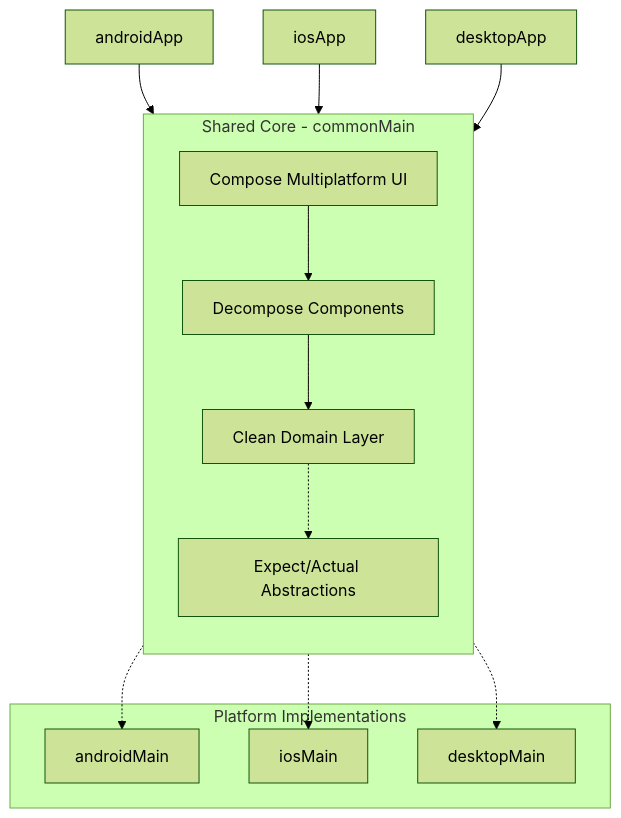
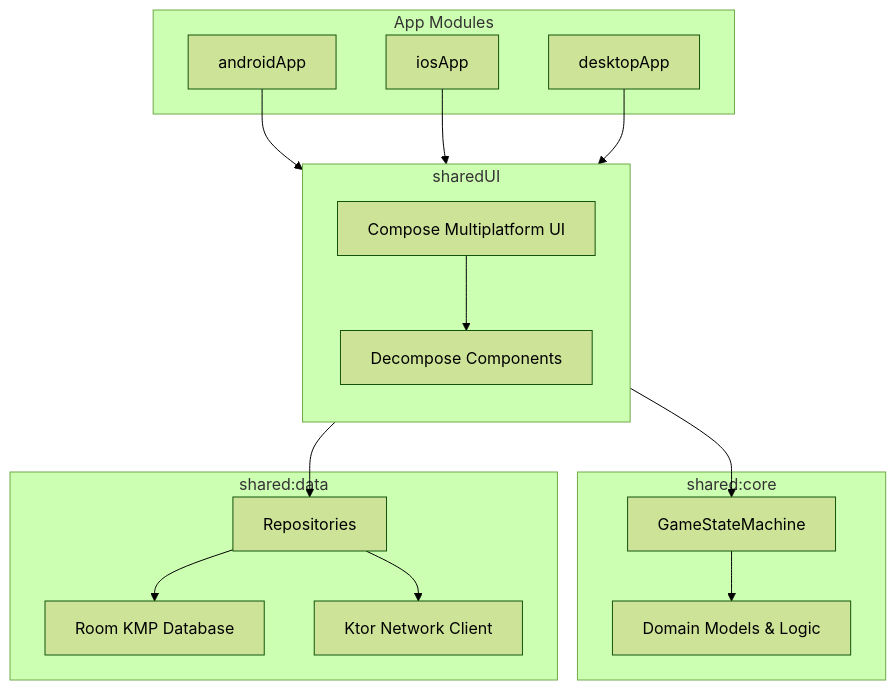
One commit to justinnathanielsmith/BlackJack changed the diagram in README.MD. Above: the diagram before and after it, drawn with Mermaid (forest theme). The commit also changed other lines of this file, not shown here.

Commit message:
docs: add rewarded ads feature and update README with MVI architecture

````diff
--- a/README.MD
+++ b/README.MD
@@ -81,27 +82,36 @@
 ```mermaid
 graph TD
-    subgraph SharedCore [Shared Core - commonMain]
+    subgraph UI_Layer [sharedUI]
         direction TB
         UI[Compose Multiplatform UI]
         C[Decompose Components]
-        Domain[Clean Domain Layer]
-        Expect[Expect/Actual Abstractions]
     end
 
-    subgraph Platforms [Platform Implementations]
-        Android[androidMain]
-        iOS[iosMain]
-        Desktop[desktopMain]
+    subgraph Core_Layer [shared:core]
+        GSM[GameStateMachine]
+        Domain[Domain Models & Logic]
+    end
+
+    subgraph Data_Layer [shared:data]
+        DB[Room KMP Database]
+        API[Ktor Network Client]
+        Repo[Repositories]
+    end
+
+    subgraph Platforms [App Modules]
+        Android[androidApp]
+        iOS[iosApp]
+        Desktop[desktopApp]
     end
 
     UI --> C
-    C --> Domain
-    Domain -.-> Expect
-    Expect -.-> Android
-    Expect -.-> iOS
-    Expect -.-> Desktop
+    C --> GSM
+    GSM --> Domain
+    C --> Repo
+    Repo --> DB
+    Repo --> API
 
-    androidApp --> SharedCore
-    iosApp --> SharedCore
-    desktopApp --> SharedCore
+    Android --> UI_Layer
+    iOS --> UI_Layer
+    Desktop --> UI_Layer
 ```
````
